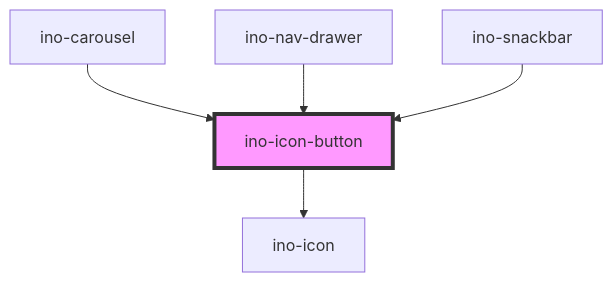
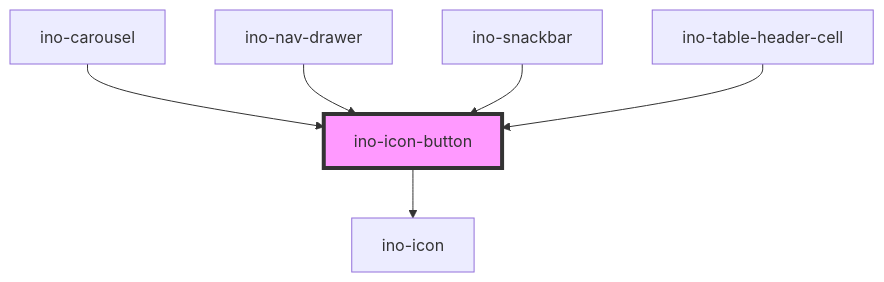
One commit to inovex/elements changed the diagram in packages/elements/src/components/ino-icon-button/readme.md. Above: the diagram before and after it, drawn with Mermaid. The commit also changed other lines of this file and 36 other files, not shown here.

Commit message:
feat(ino-table): add new header-cell element, remove table-row and table-cell, add styles for native elements

````diff
--- a/packages/elements/src/components/ino-icon-button/readme.md
+++ b/packages/elements/src/components/ino-icon-button/readme.md
@@ -152,8 +153,9 @@
 ```mermaid
 graph TD;
   ino-icon-button --> ino-icon
   ino-carousel --> ino-icon-button
   ino-nav-drawer --> ino-icon-button
   ino-snackbar --> ino-icon-button
+  ino-table-header-cell --> ino-icon-button
   style ino-icon-button fill:#f9f,stroke:#333,stroke-width:4px
 ```
````
